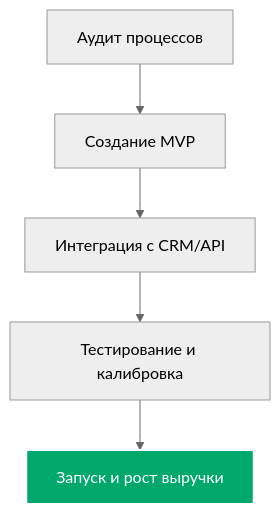
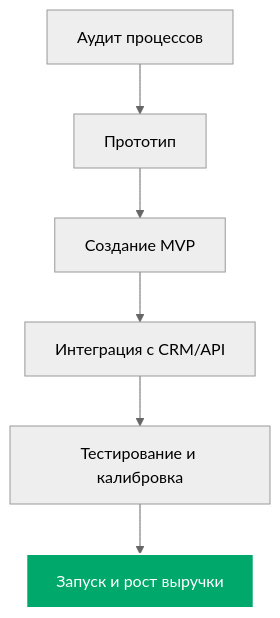
The diagram in README.md (Asmadey/---), drawn with Mermaid (neutral theme) before and after one commit. The commit also changed other lines of this file, not shown here.

````diff
--- a/README.md
+++ b/README.md
@@ -119,8 +81,9 @@
 ```mermaid
 graph TD
-    A[Аудит процессов] --> B[Создание MVP]
-    B --> C[Интеграция с CRM/API]
-    C --> D[Тестирование и калибровка]
-    D --> E[Запуск и рост выручки]
-    style E fill:#00A86B,stroke:#fff,stroke-width:2px,color:#fff
+    A[Аудит процессов] --> B[Прототип]
+    B --> C[Создание MVP]
+    C --> D[Интеграция с CRM/API]
+    D --> E[Тестирование и калибровка]
+    E --> F[Запуск и рост выручки]
+    style F fill:#00A86B,stroke:#fff,stroke-width:2px,color:#fff
 ```
````
